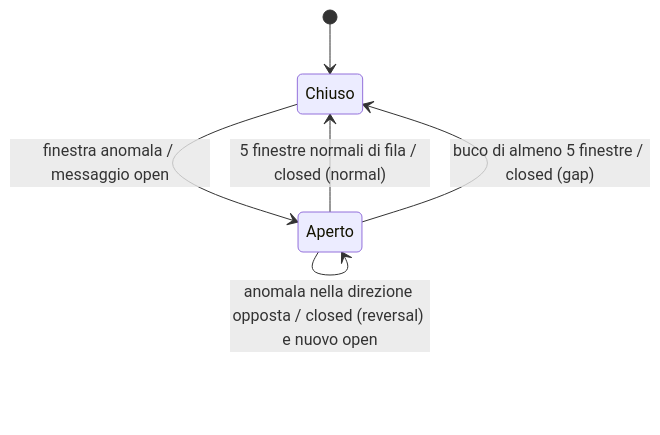
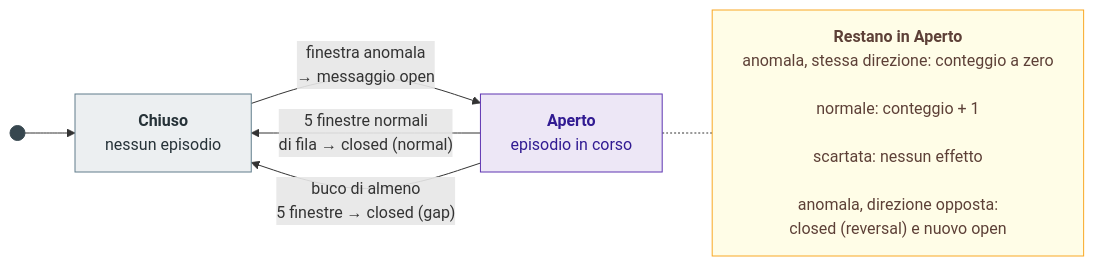
The third of 4 diagrams in relazione/Relazione.md (fragreco04/bluesky-sentiment-shock-detector), drawn with Mermaid before and after one commit.

Commit message:
relazione

````diff
--- a/relazione/Relazione.md
+++ b/relazione/Relazione.md
@@ -361,11 +361,17 @@
 ```mermaid
-stateDiagram-v2
-    [*] --> Chiuso
-    Chiuso --> Aperto: finestra anomala / messaggio open
-    Aperto --> Aperto: anomala nella stessa direzione / conteggio a zero
-    Aperto --> Aperto: normale / conteggio + 1
-    Aperto --> Aperto: scartata / nessun effetto
-    Aperto --> Chiuso: 5 finestre normali di fila / closed (normal)
-    Aperto --> Aperto: anomala nella direzione opposta / closed (reversal) e nuovo open
-    Aperto --> Chiuso: buco di almeno 5 finestre / closed (gap)
+%%{init: {"flowchart": {"wrappingWidth": 400}}}%%
+flowchart LR
+    S(( )) --> C["<b>Chiuso</b><br/>nessun episodio"]
+    C -->|"finestra anomala<br/>→ messaggio open"| A["<b>Aperto</b><br/>episodio in corso"]
+    A -->|"5 finestre normali<br/>di fila → closed (normal)"| C
+    A -->|"buco di almeno<br/>5 finestre → closed (gap)"| C
+    A -.- N["<b>Restano in Aperto</b><br/>anomala, stessa direzione: conteggio a zero<br/><br/>normale: conteggio + 1<br/><br/>scartata: nessun effetto<br/><br/>anomala, direzione opposta:<br/>closed (reversal) e nuovo open"]
+
+    classDef chiuso fill:#eceff1,stroke:#607d8b,color:#263238
+    classDef aperto fill:#ede7f6,stroke:#5e35b1,color:#311b92
+    classDef nota fill:#fffde7,stroke:#f9a825,color:#5d4037
+    class C chiuso
+    class A aperto
+    class N nota
+    style S fill:#37474f,stroke:#37474f
 ```
````
